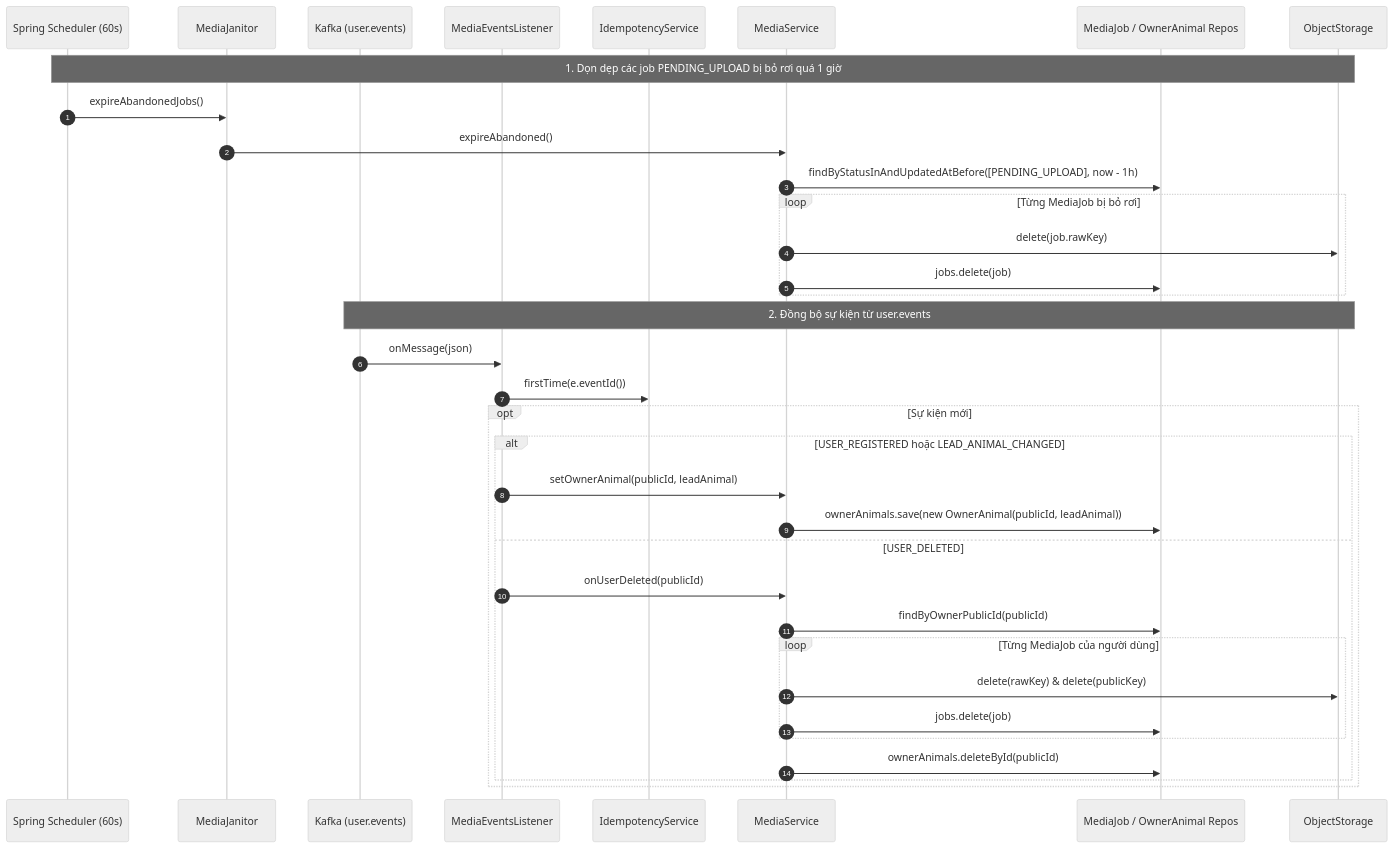
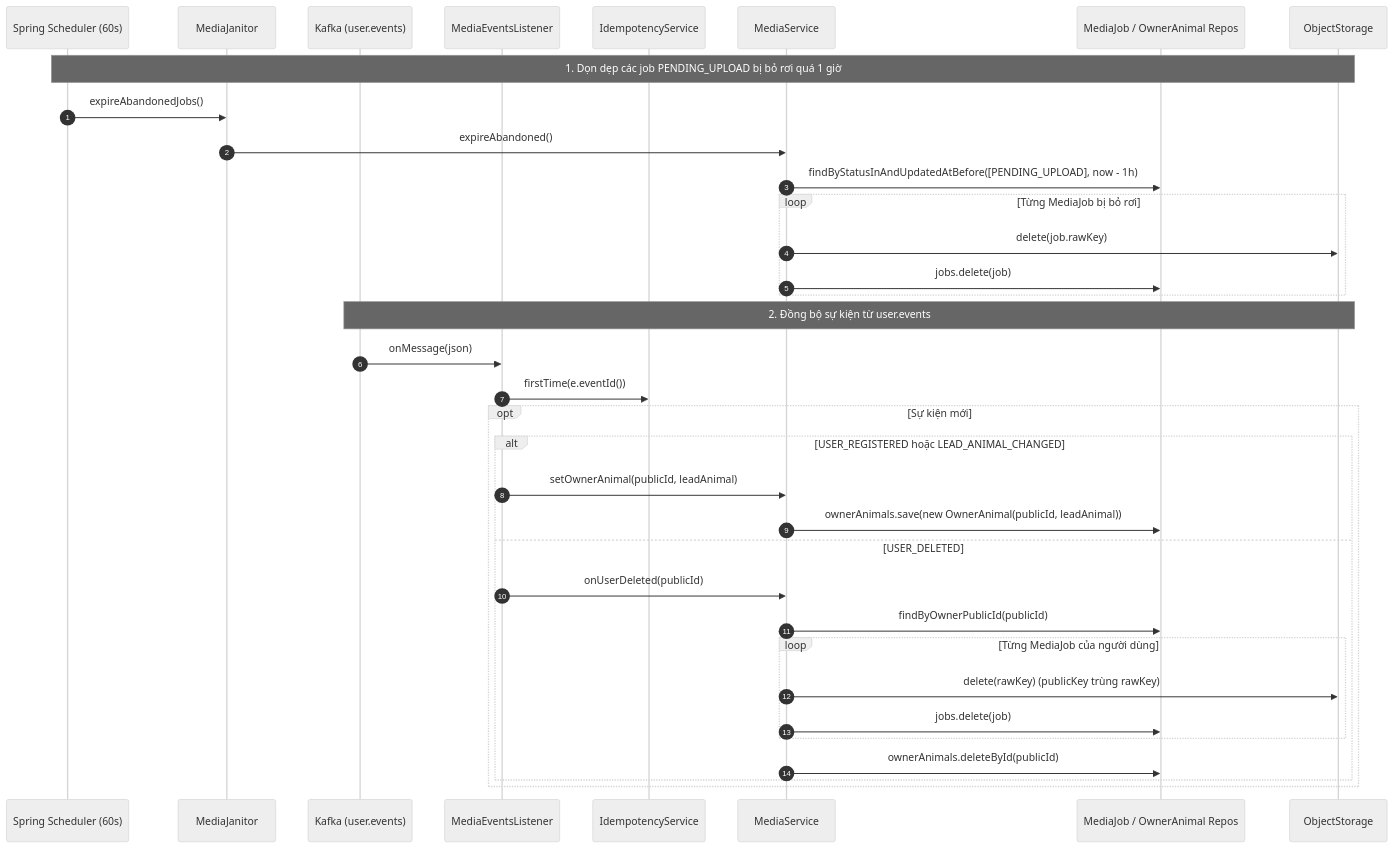
Before and after one commit to v1etmanh/animal_locket: the third of 3 diagrams in docs/architecture/03-media-service.md, drawn with Mermaid (neutral theme). The commit also changed other lines of this file and 21 other files, not shown here.

````diff
--- a/docs/architecture/03-media-service.md
+++ b/docs/architecture/03-media-service.md
@@ -227,39 +226,39 @@
 ```mermaid
 sequenceDiagram
     autonumber
     participant Sched as Spring Scheduler (60s)
     participant Janitor as MediaJanitor
     participant Kafka as Kafka (user.events)
     participant Listener as MediaEventsListener
     participant Idemp as IdempotencyService
     participant MS as MediaService
     participant Repo as MediaJob / OwnerAnimal Repos
     participant S3 as ObjectStorage
 
     Note over Sched,S3: 1. Dọn dẹp các job PENDING_UPLOAD bị bỏ rơi quá 1 giờ
     Sched->>Janitor: expireAbandonedJobs()
     Janitor->>MS: expireAbandoned()
     MS->>Repo: findByStatusInAndUpdatedAtBefore([PENDING_UPLOAD], now - 1h)
     loop Từng MediaJob bị bỏ rơi
         MS->>S3: delete(job.rawKey)
         MS->>Repo: jobs.delete(job)
     end
 
     Note over Kafka,S3: 2. Đồng bộ sự kiện từ user.events
     Kafka->>Listener: onMessage(json)
     Listener->>Idemp: firstTime(e.eventId())
     opt Sự kiện mới
         alt USER_REGISTERED hoặc LEAD_ANIMAL_CHANGED
             Listener->>MS: setOwnerAnimal(publicId, leadAnimal)
             MS->>Repo: ownerAnimals.save(new OwnerAnimal(publicId, leadAnimal))
         else USER_DELETED
             Listener->>MS: onUserDeleted(publicId)
             MS->>Repo: findByOwnerPublicId(publicId)
             loop Từng MediaJob của người dùng
-                MS->>S3: delete(rawKey) & delete(publicKey)
+                MS->>S3: delete(rawKey) (publicKey trùng rawKey)
                 MS->>Repo: jobs.delete(job)
             end
             MS->>Repo: ownerAnimals.deleteById(publicId)
         end
     end
 ```
````
